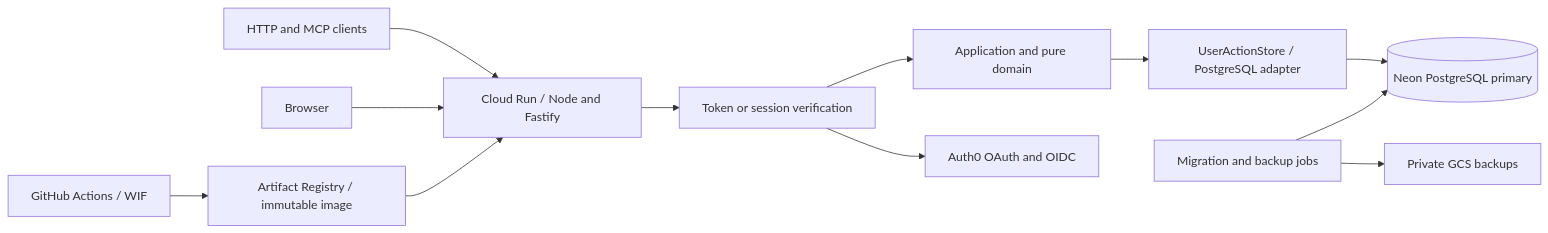
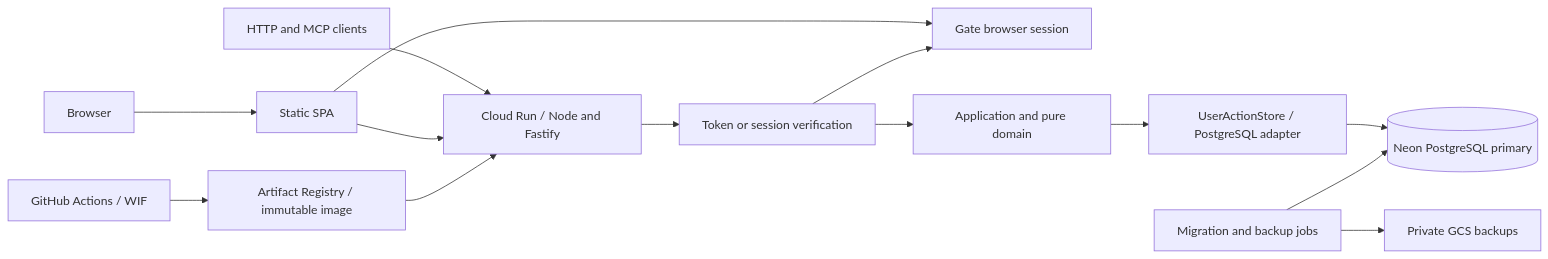
The diagram in docs/technical/infrastructure.md (takezoh/syntoria-weave), drawn with Mermaid before and after one commit. The commit also changed other lines of this file and 61 other files, not shown here.

````diff
--- a/docs/technical/infrastructure.md
+++ b/docs/technical/infrastructure.md
@@ -7,14 +7,16 @@
 ```mermaid
 flowchart LR
   Clients[HTTP and MCP clients] --> API[Cloud Run / Node and Fastify]
-  Browser[Browser] --> API
+  Browser[Browser] --> SPA[Static SPA]
+  SPA --> API
+  SPA --> Gate[Gate browser session]
   API --> Verify[Token or session verification]
   Verify --> App[Application and pure domain]
   App --> Store[UserActionStore / PostgreSQL adapter]
   Store --> DB[(Neon PostgreSQL primary)]
-  Verify --> ID[Auth0 OAuth and OIDC]
+  Verify --> Gate
   CI[GitHub Actions / WIF] --> Image[Artifact Registry / immutable image]
   Image --> API
   Jobs[Migration and backup jobs] --> DB
   Jobs --> Backup[Private GCS backups]
 ```
````
